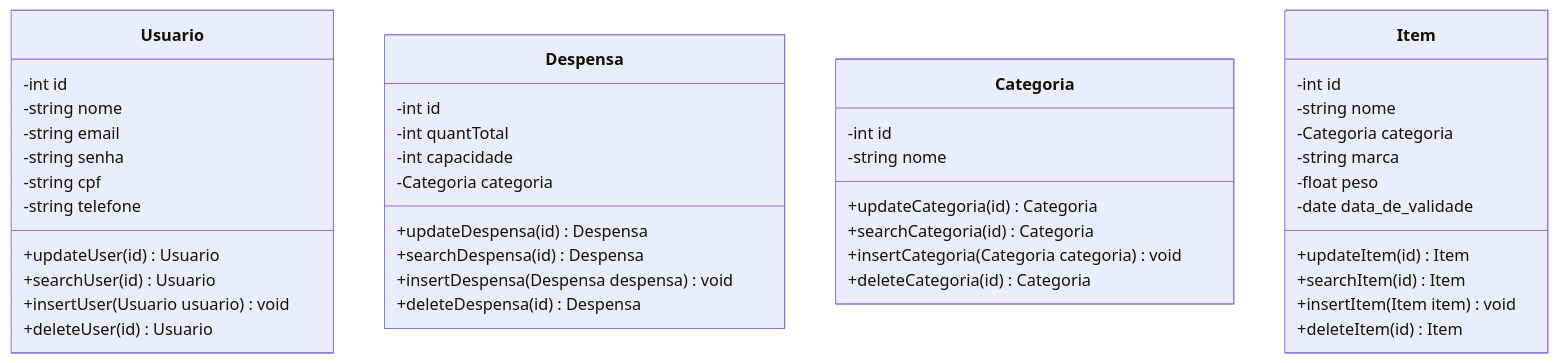
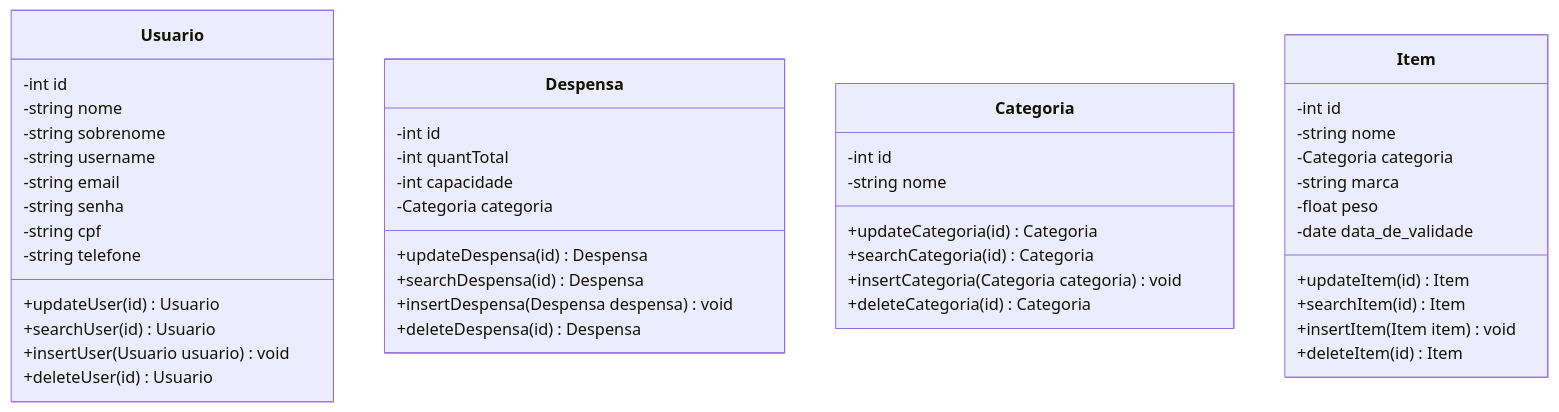
Before and after one commit to daviddevolin/SigDespensa: the second of 2 diagrams in docs/doc-modelos.md, drawn with Mermaid.

Commit message:
Atualização do doc de modelos #25

````diff
--- a/docs/doc-modelos.md
+++ b/docs/doc-modelos.md
@@ -29,52 +29,54 @@
 ```mermaid
 classDiagram
     class Usuario{
         -int id
         -string nome
+        -string sobrenome
+        -string username
         -string email
         -string senha
         -string cpf
         -string telefone
         
         +updateUser(id) Usuario
         +searchUser(id) Usuario
         +insertUser(Usuario usuario) void
         +deleteUser(id) Usuario
     }
     class Despensa{
         -int id
         -int quantTotal
         -int capacidade
         -Categoria categoria
 
         +updateDespensa(id) Despensa
         +searchDespensa(id) Despensa
         +insertDespensa(Despensa despensa) void
         +deleteDespensa(id) Despensa
     }
     class Categoria{
         -int id
         -string nome
 
         +updateCategoria(id) Categoria
         +searchCategoria(id) Categoria
         +insertCategoria(Categoria categoria) void
         +deleteCategoria(id) Categoria
     }
 
     class Item{
         -int id
         -string nome
         -Categoria categoria
         -string marca
         -float peso
         -date data_de_validade
 
         +updateItem(id) Item
         +searchItem(id) Item
         +insertItem(Item item) void
         +deleteItem(id) Item
     }
 
 
 ```
````
